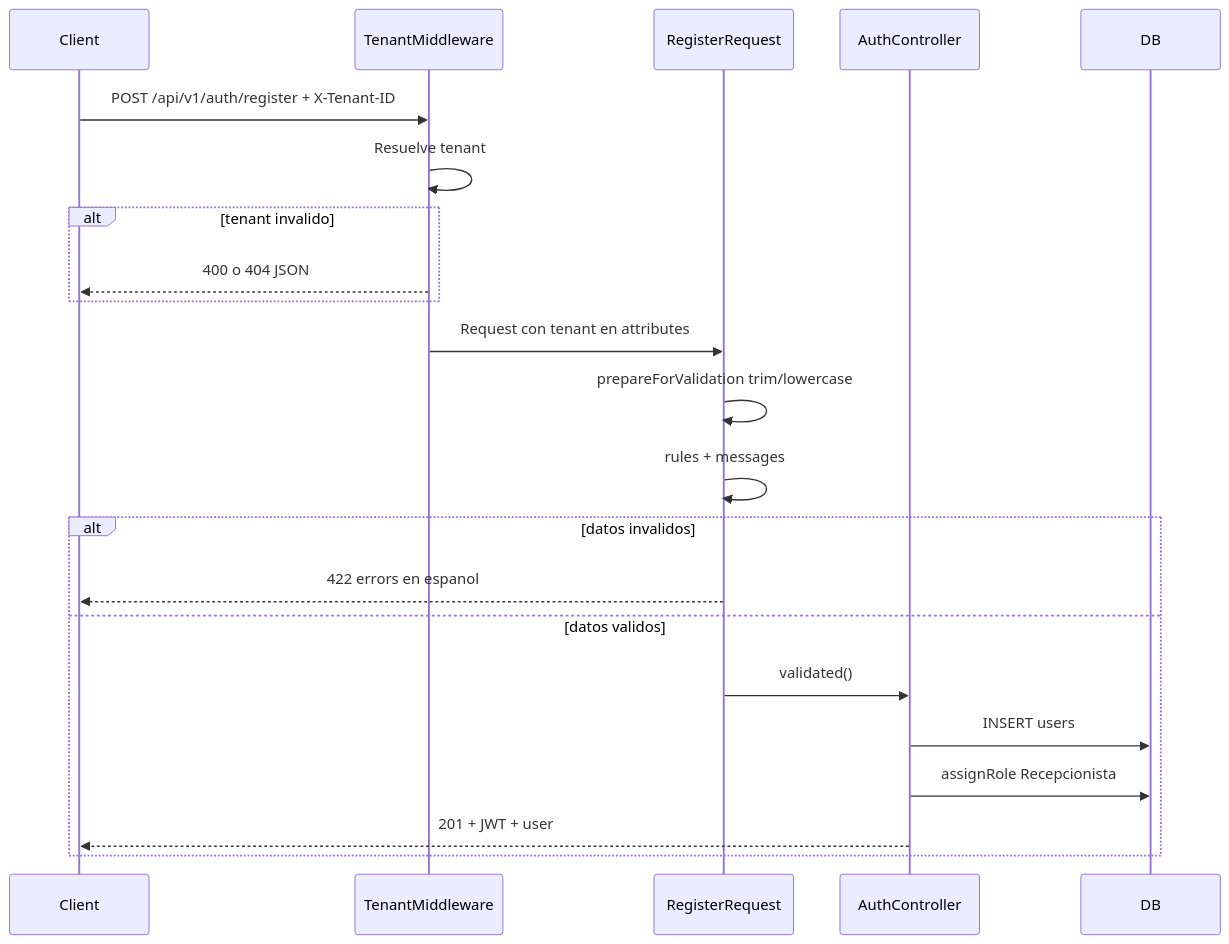
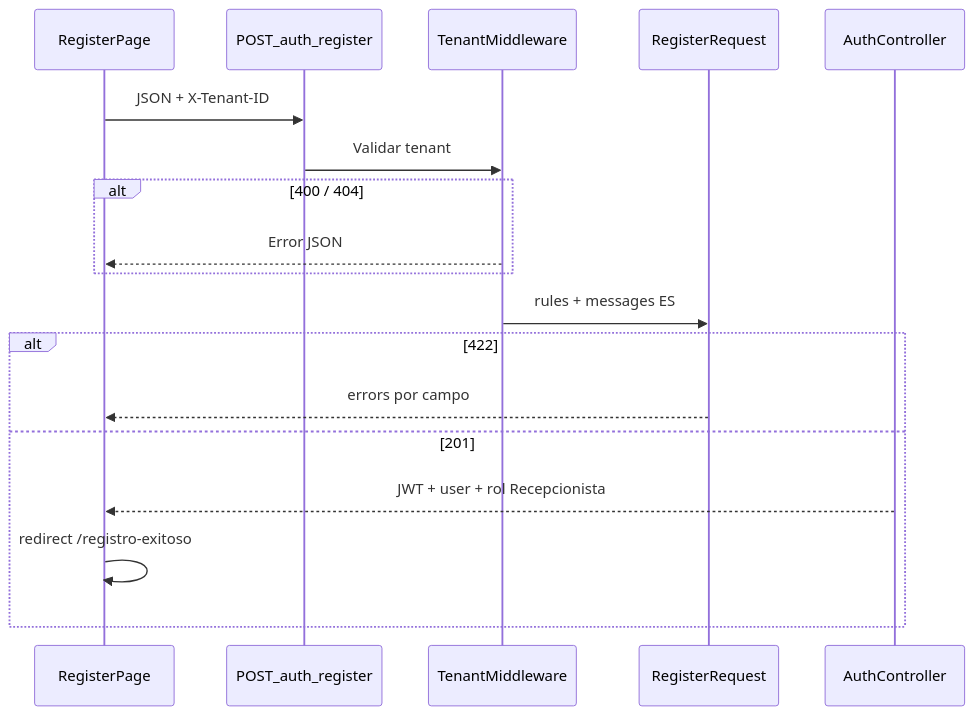
The second of 2 diagrams in docs/sprints/sprint-02-registro-backend/README.md (joshuacirilo/project_final_analisis_sistemas_Uno), drawn with Mermaid before and after one commit. The commit also changed other lines of this file and 11 other files, not shown here.

First line of the commit message:
refactor: enhance user registration flow and error handling

````diff
--- a/docs/sprints/sprint-02-registro-backend/README.md
+++ b/docs/sprints/sprint-02-registro-backend/README.md
@@ -36,25 +71,21 @@
 ```mermaid
 sequenceDiagram
-    participant Client
+    participant Vue as RegisterPage
+    participant API as POST_auth_register
     participant TenantMW as TenantMiddleware
-    participant RegisterReq as RegisterRequest
-    participant AuthCtrl as AuthController
-    participant DB
+    participant Req as RegisterRequest
+    participant Ctrl as AuthController
 
-    Client->>TenantMW: POST /api/v1/auth/register + X-Tenant-ID
-    TenantMW->>TenantMW: Resuelve tenant
-    alt tenant invalido
-        TenantMW-->>Client: 400 o 404 JSON
+    Vue->>API: JSON + X-Tenant-ID
+    API->>TenantMW: Validar tenant
+    alt 400 / 404
+        TenantMW-->>Vue: Error JSON
     end
-    TenantMW->>RegisterReq: Request con tenant en attributes
-    RegisterReq->>RegisterReq: prepareForValidation trim/lowercase
-    RegisterReq->>RegisterReq: rules + messages
-    alt datos invalidos
-        RegisterReq-->>Client: 422 errors en espanol
-    else datos validos
-        RegisterReq->>AuthCtrl: validated()
-        AuthCtrl->>DB: INSERT users
-        AuthCtrl->>DB: assignRole Recepcionista
-        AuthCtrl-->>Client: 201 + JWT + user
+    TenantMW->>Req: rules + messages ES
+    alt 422
+        Req-->>Vue: errors por campo
+    else 201
+        Ctrl-->>Vue: JWT + user + rol Recepcionista
+        Vue->>Vue: redirect /registro-exitoso
     end
 ```
````
